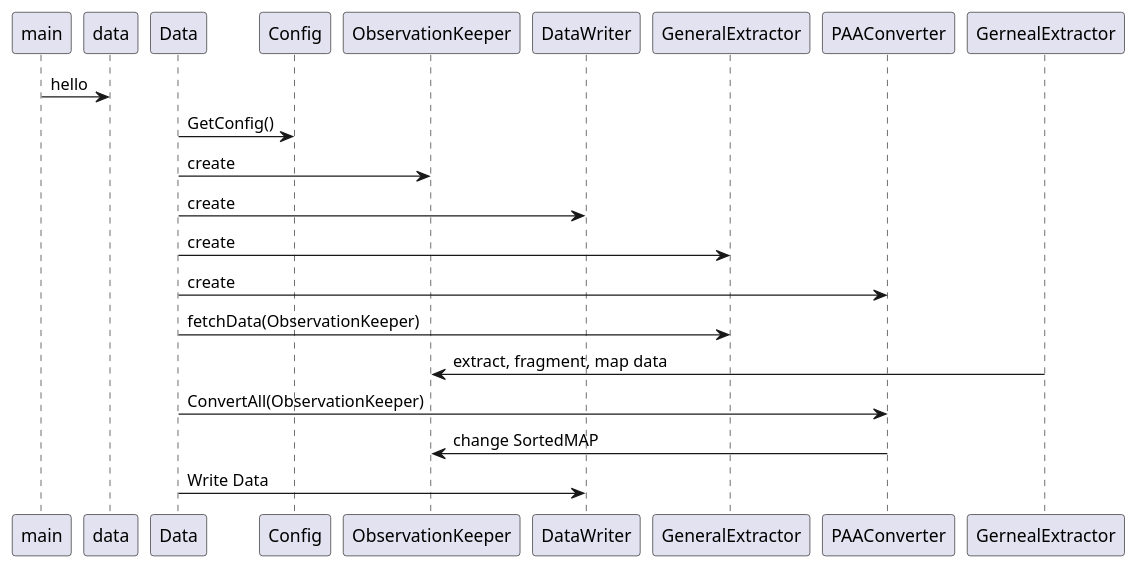
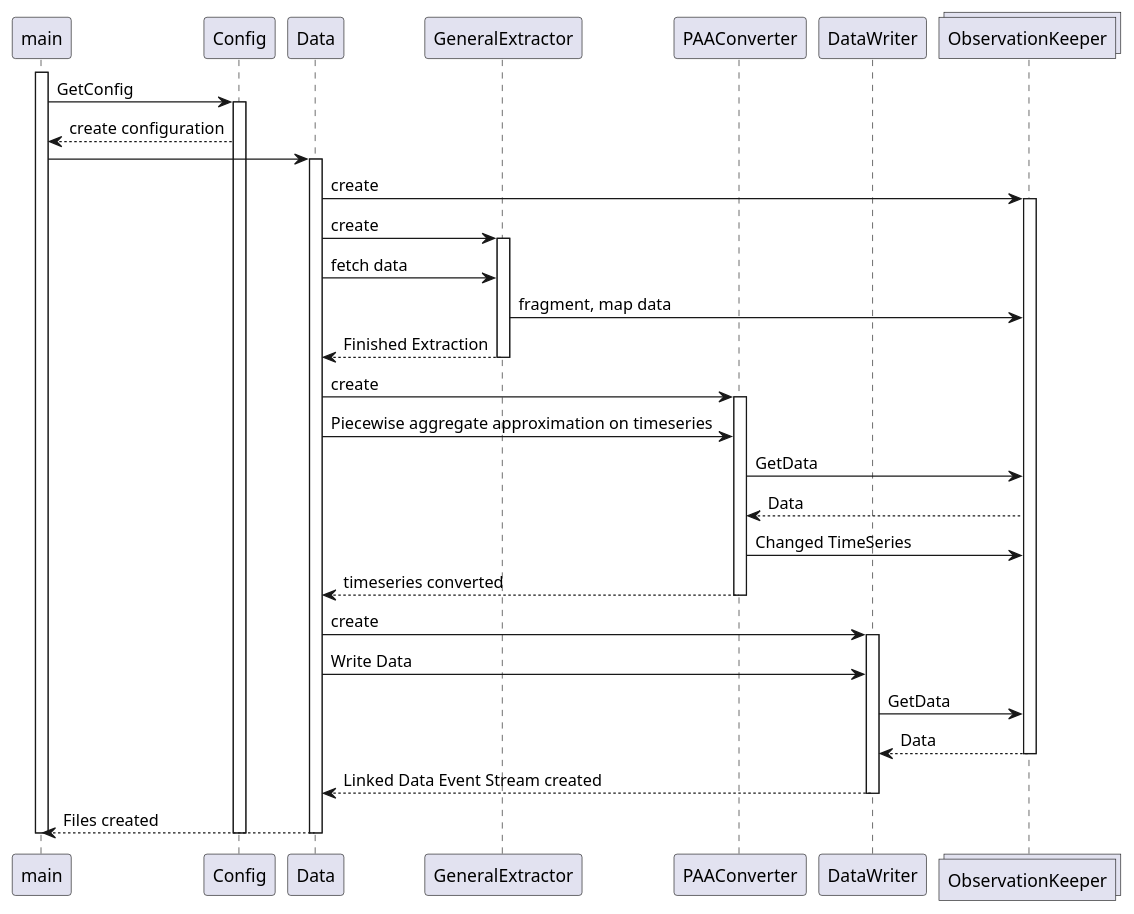
The diagram in sequentieDiagram.puml (lucasderveaux/LDES_Republisher), drawn with PlantUML before and after one commit. The commit also changed 5 other files, not shown here.

```diff
--- a/sequentieDiagram.puml
+++ b/sequentieDiagram.puml
@@ -1,18 +1,48 @@
 @startuml
-main ->data:hello
-Data -> Config: GetConfig()
+participant main
+participant Config
+participant Data
+participant GeneralExtractor
+participant PAAConverter
+participant DataWriter
+collections ObservationKeeper
+
+activate main
+main-> Config: GetConfig
+activate Config
+Config --> main: create configuration
+main ->Data
+activate Data
+
 Data -> ObservationKeeper: create
+activate ObservationKeeper
+
+Data -> GeneralExtractor: create
+activate GeneralExtractor
+Data -> GeneralExtractor: fetch data
+GeneralExtractor -> ObservationKeeper: fragment, map data
+GeneralExtractor --> Data: Finished Extraction
+deactivate GeneralExtractor
+
+Data -> PAAConverter: create
+activate PAAConverter
+Data -> PAAConverter: Piecewise aggregate approximation on timeseries
+PAAConverter -> ObservationKeeper: GetData
+ObservationKeeper --> PAAConverter: Data
+PAAConverter -> ObservationKeeper: Changed TimeSeries
+PAAConverter --> Data: timeseries converted
+deactivate PAAConverter
+
 Data -> DataWriter: create
-Data -> GeneralExtractor: create
-Data -> PAAConverter: create
-
-Data -> GeneralExtractor: fetchData(ObservationKeeper)
-GernealExtractor -> ObservationKeeper: extract, fragment, map data
-
-Data -> PAAConverter: ConvertAll(ObservationKeeper)
-PAAConverter -> ObservationKeeper: change SortedMAP
-
+activate DataWriter
 Data -> DataWriter: Write Data
-
-
+DataWriter -> ObservationKeeper: GetData
+ObservationKeeper --> DataWriter: Data
+deactivate ObservationKeeper
+DataWriter --> Data: Linked Data Event Stream created
+deactivate DataWriter
+Data --> main: Files created
+deactivate Data
+deactivate Config
+deactivate main
 @enduml
```
